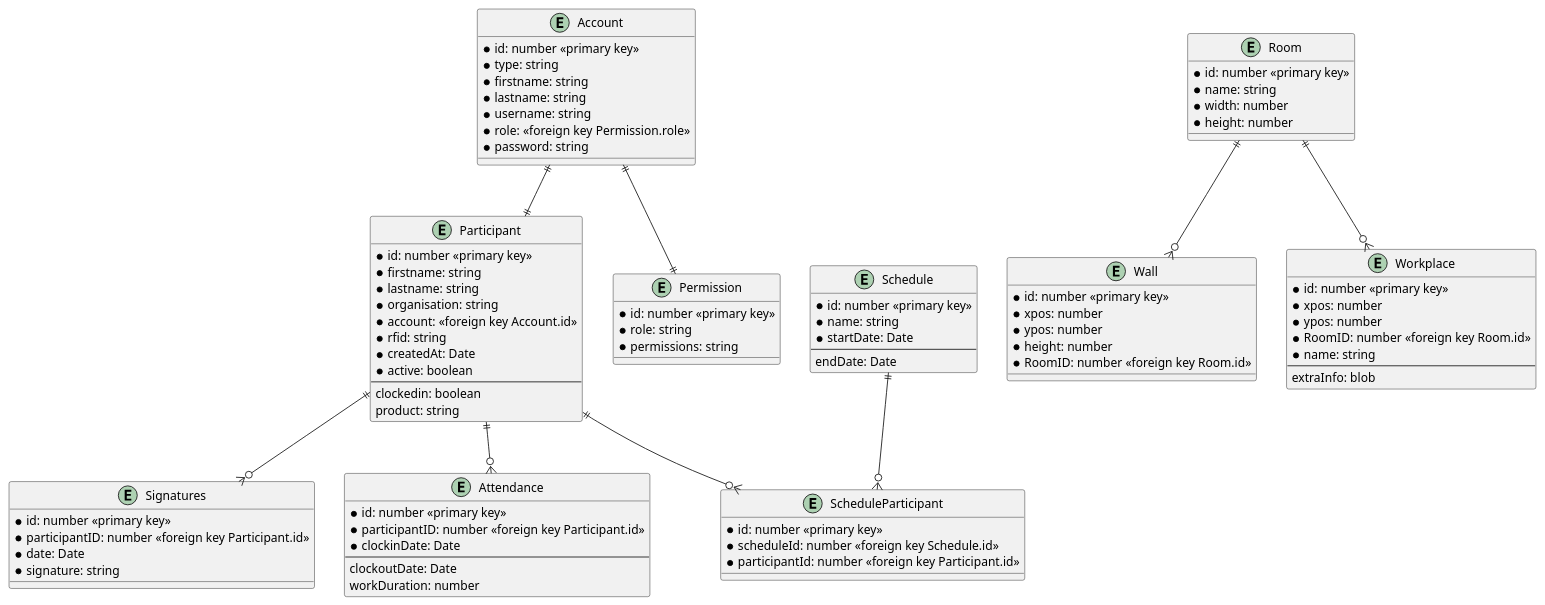
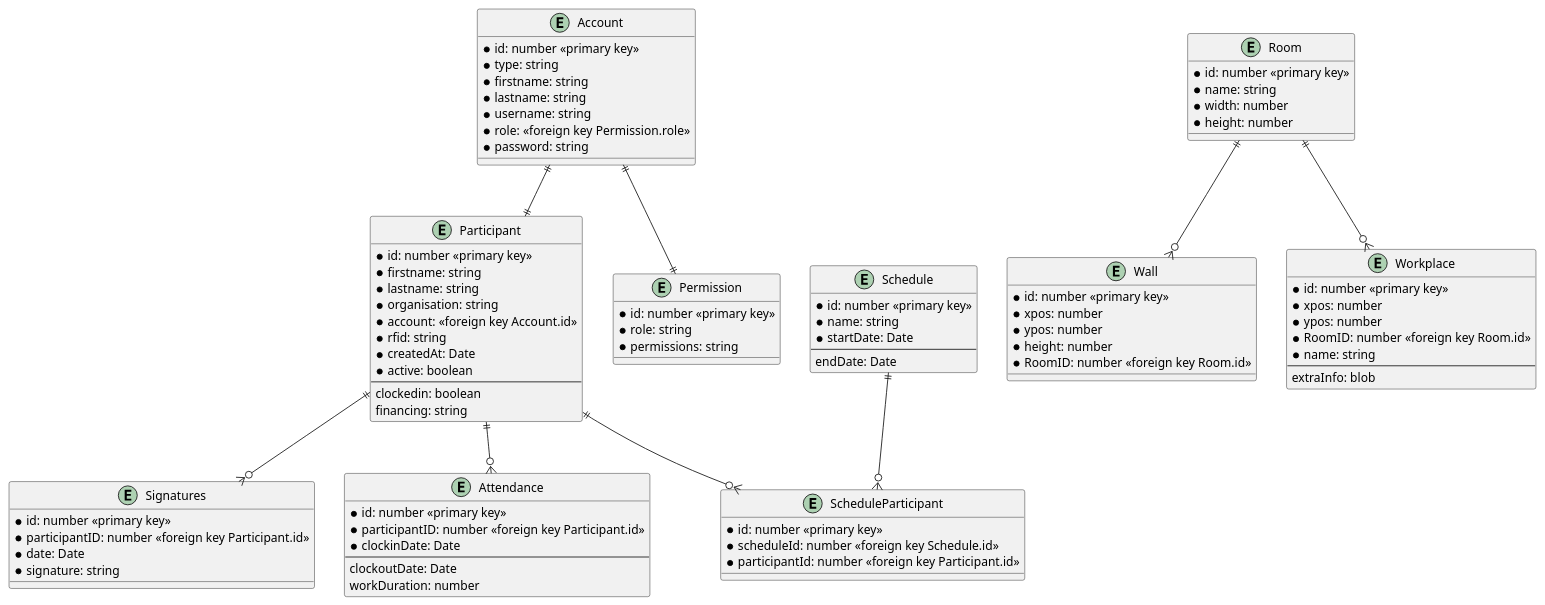
One commit to BitsEnBytesICT/Bits-Bytes-management-platform changed the diagram in documentation/databasemodel.plantuml. Above: the diagram before and after it, drawn with PlantUML. The commit also changed 20 other files, not shown here.

```diff
--- a/documentation/databasemodel.plantuml
+++ b/documentation/databasemodel.plantuml
@@ -1,96 +1,96 @@
 @startuml
 
 entity Account {
     * id: number <<primary key>>
     * type: string
     * firstname: string
     * lastname: string
     * username: string
     * role: <<foreign key Permission.role>>
     * password: string
 }
 
 entity Participant {
     * id: number <<primary key>>
     * firstname: string
     * lastname: string
     * organisation: string
     * account: <<foreign key Account.id>>
     * rfid: string
     * createdAt: Date
     * active: boolean
     --
     clockedin: boolean
-    product: string
+    financing: string
 }
 
 entity Signatures {
     * id: number <<primary key>>
     * participantID: number <<foreign key Participant.id>>
     * date: Date
     * signature: string
 }
 
 entity Attendance {
     * id: number <<primary key>>
     * participantID: number <<foreign key Participant.id>>
     * clockinDate: Date
     --
     clockoutDate: Date
     workDuration: number
 }
 
 entity Permission {
     * id: number <<primary key>>
     * role: string
     * permissions: string
 }
 
 entity Room {
     * id: number <<primary key>>
     * name: string
     * width: number
     * height: number
 }
 
 entity Wall {
     * id: number <<primary key>>
     * xpos: number
     * ypos: number
     * height: number
     * RoomID: number <<foreign key Room.id>>
 }
 
 entity Workplace {
     * id: number <<primary key>>
     * xpos: number
     * ypos: number
     * RoomID: number <<foreign key Room.id>>
     * name: string
     --
     extraInfo: blob
 }
 
 entity Schedule {
     * id: number <<primary key>>
     * name: string
     * startDate: Date
     --
     endDate: Date
 }
 
 entity ScheduleParticipant {
     * id: number <<primary key>>
     * scheduleId: number <<foreign key Schedule.id>>
     * participantId: number <<foreign key Participant.id>>
 }
 
 Account ||--|| Permission
 Account ||--|| Participant
 Participant ||--o{ Signatures
 Participant ||--o{ Attendance
 Participant ||--o{ ScheduleParticipant
 Schedule ||--o{ ScheduleParticipant
 Room ||--o{ Wall
 Room ||--o{ Workplace
 @enduml
```
